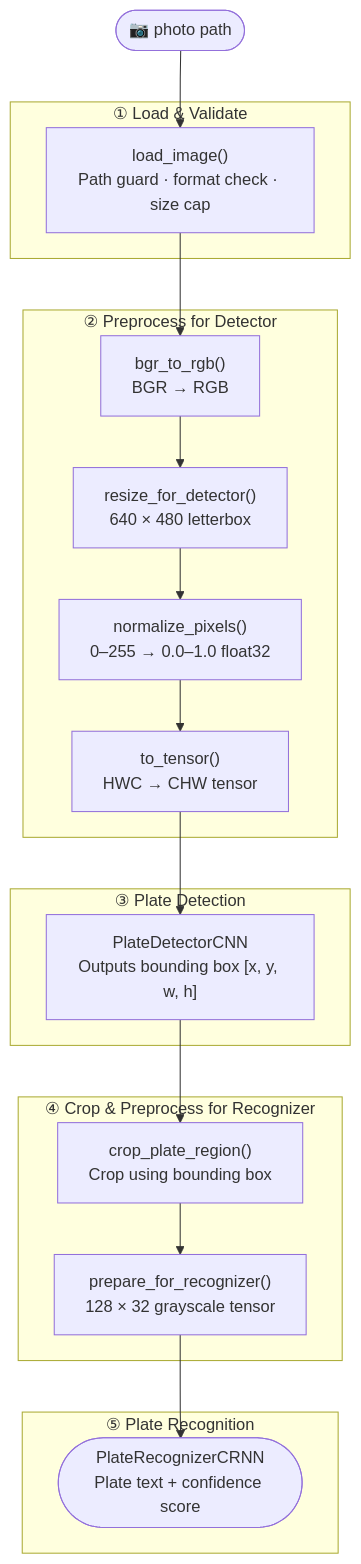
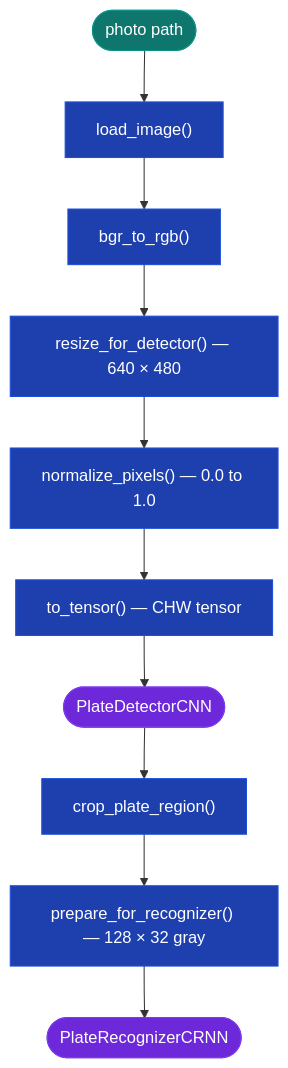
The diagram in README.md (K3vin-h/parking-tracker), drawn with Mermaid before and after one commit.

Commit message:
docs: clean up CV pipeline flowchart, remove subgraphs, add color coding

````diff
--- a/README.md
+++ b/README.md
@@ -126,38 +126,27 @@
 ```mermaid
 flowchart TD
-    IMG(["📷 photo path"])
+    IMG(["photo path"])
 
-    subgraph A["① Load & Validate"]
-        LOAD["load_image()\nPath guard · format check · size cap"]
-    end
+    LOAD["load_image()"]
+    BGR["bgr_to_rgb()"]
+    RESIZE["resize_for_detector() — 640 × 480"]
+    NORM["normalize_pixels() — 0.0 to 1.0"]
+    TENSOR["to_tensor() — CHW tensor"]
 
-    subgraph B["② Preprocess for Detector"]
-        BGR["bgr_to_rgb()\nBGR → RGB"]
-        RESIZE["resize_for_detector()\n640 × 480 letterbox"]
-        NORM["normalize_pixels()\n0–255 → 0.0–1.0 float32"]
-        TENSOR["to_tensor()\nHWC → CHW tensor"]
-    end
+    DETECTOR(["PlateDetectorCNN"])
 
-    subgraph C["③ Plate Detection"]
-        DETECTOR["PlateDetectorCNN\nOutputs bounding box [x, y, w, h]"]
-    end
+    CROP["crop_plate_region()"]
+    PREP["prepare_for_recognizer() — 128 × 32 gray"]
 
-    subgraph D["④ Crop & Preprocess for Recognizer"]
-        CROP["crop_plate_region()\nCrop using bounding box"]
-        PREP["prepare_for_recognizer()\n128 × 32 grayscale tensor"]
-    end
+    RECOG(["PlateRecognizerCRNN"])
 
-    subgraph E["⑤ Plate Recognition"]
-        RECOG(["PlateRecognizerCRNN\nPlate text + confidence score"])
-    end
+    IMG --> LOAD --> BGR --> RESIZE --> NORM --> TENSOR --> DETECTOR --> CROP --> PREP --> RECOG
 
-    IMG --> LOAD
-    LOAD --> BGR
-    BGR --> RESIZE
-    RESIZE --> NORM
-    NORM --> TENSOR
-    TENSOR --> DETECTOR
-    DETECTOR --> CROP
-    CROP --> PREP
-    PREP --> RECOG
+    classDef preproc fill:#1e40af,stroke:#1d4ed8,color:#fff
+    classDef model fill:#6d28d9,stroke:#7c3aed,color:#fff
+    classDef io fill:#0f766e,stroke:#0d9488,color:#fff
+
+    class LOAD,BGR,RESIZE,NORM,TENSOR,CROP,PREP preproc
+    class DETECTOR,RECOG model
+    class IMG io
 ```
````
